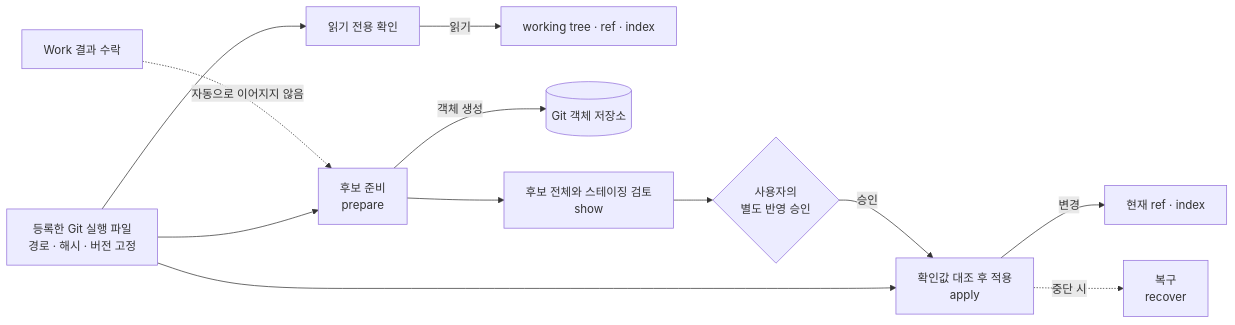
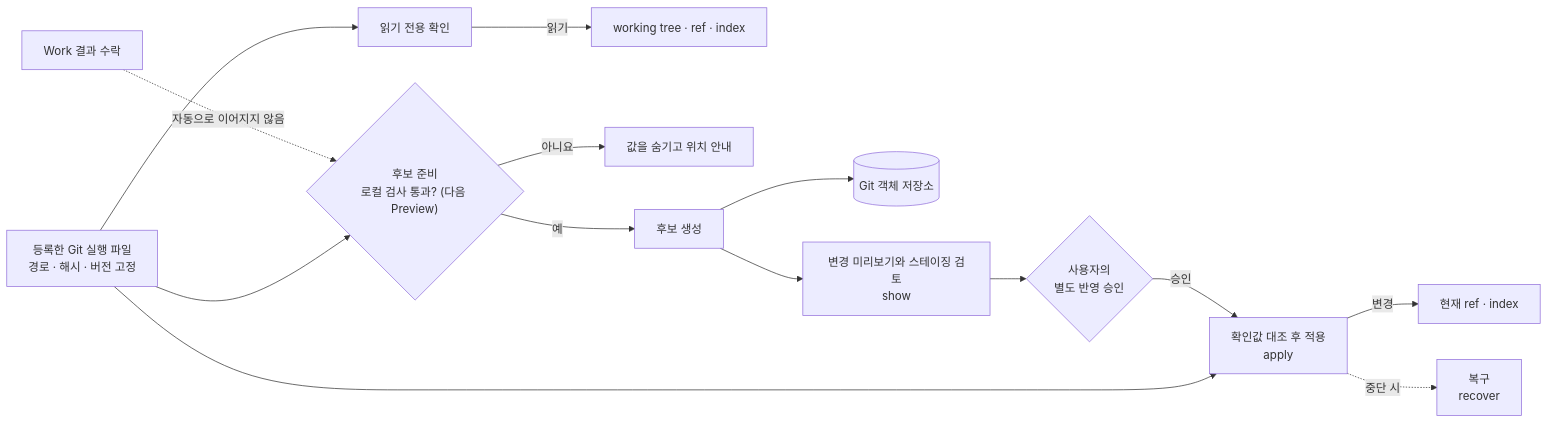
Before and after one commit to kyungseo/colvia: the tenth of 13 diagrams in manual/ko/architecture.md, drawn with Mermaid. The commit also changed other lines of this file and 36 other files, not shown here.

````diff
--- a/manual/ko/architecture.md
+++ b/manual/ko/architecture.md
@@ -415,15 +415,17 @@
 ```mermaid
 flowchart LR
     Reg["등록한 Git 실행 파일<br/>경로 · 해시 · 버전 고정"]
     Accept["Work 결과 수락"] -.->|자동으로 이어지지 않음| Prepare
     Observe["읽기 전용 확인"] -->|읽기| Repo["working tree · ref · index"]
-    Prepare["후보 준비<br/>prepare"] -->|객체 생성| Objects[("Git 객체 저장소")]
-    Prepare --> Review["후보 전체와 스테이징 검토<br/>show"]
+    Prepare{"후보 준비<br/>로컬 검사 통과? (다음 Preview)"} -->|아니요| Stop["값을 숨기고 위치 안내"]
+    Prepare -->|예| Build["후보 생성"]
+    Build --> Objects[("Git 객체 저장소")]
+    Build --> Review["변경 미리보기와 스테이징 검토<br/>show"]
     Review --> Approval{"사용자의<br/>별도 반영 승인"}
     Approval -->|승인| Apply["확인값 대조 후 적용<br/>apply"]
     Apply -->|변경| RefIndex["현재 ref · index"]
     Apply -.->|중단 시| Recover["복구<br/>recover"]
     Reg --> Observe
     Reg --> Prepare
     Reg --> Apply
 ```
````
